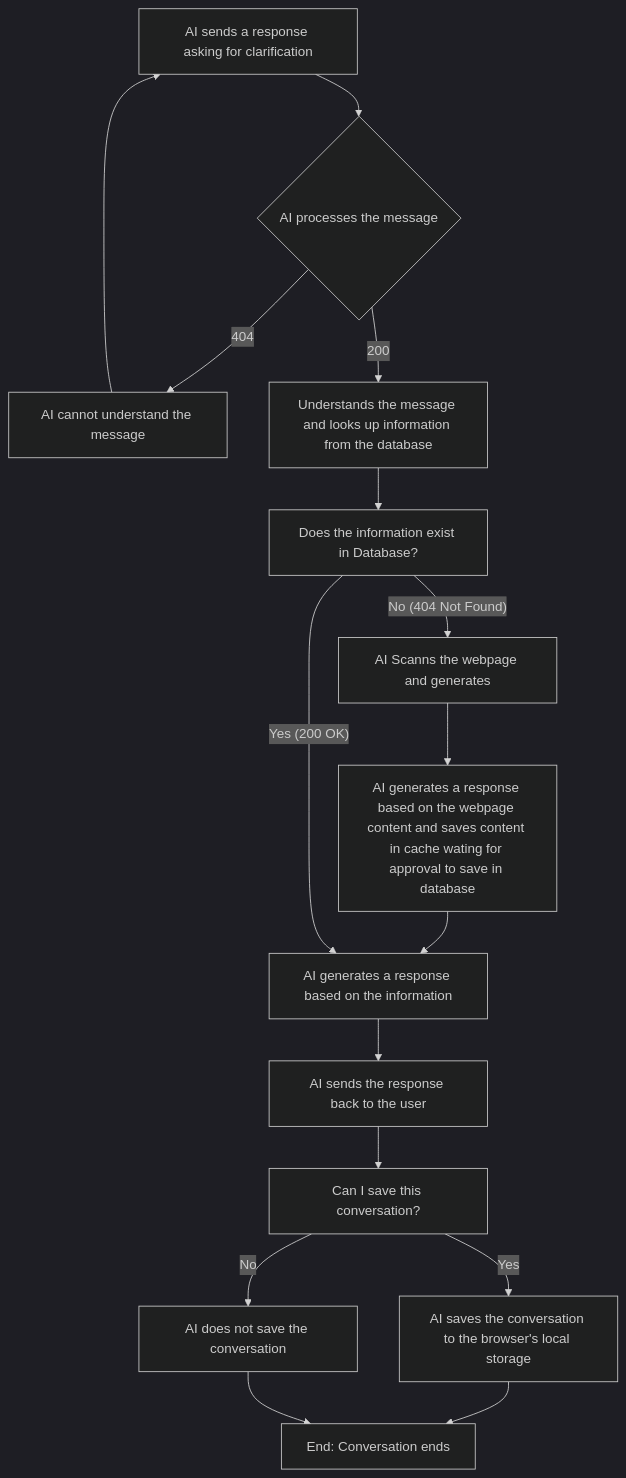
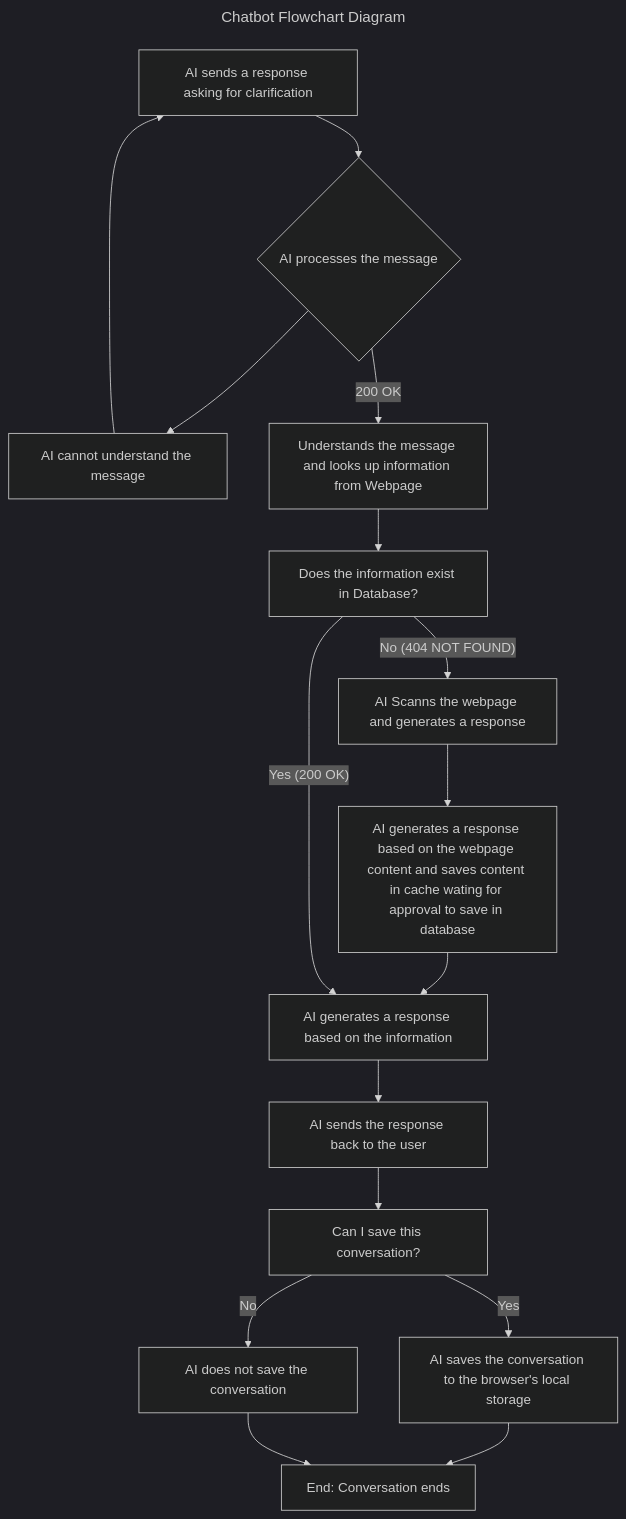
One commit to NexusWeave/webapp-Portfolio changed the diagram in backend/lib/services/specialist/docs/specialist-flowchartDiagram.md. Above: the diagram before and after it, drawn with Mermaid (dark theme). The commit also changed 2 other files, not shown here.

Commit message:
docs: update diagrams.

````diff
--- a/backend/lib/services/specialist/docs/specialist-flowchartDiagram.md
+++ b/backend/lib/services/specialist/docs/specialist-flowchartDiagram.md
@@ -1,18 +1,21 @@
 ```mermaid
+---
+title: Chatbot Flowchart Diagram
+---
 flowchart TD
     A[Start: User sends a message] --> B{AI processes the message}
-    B -- 404 --> C1[AI cannot understand the message]
+    B --> C1[AI cannot understand the message]
     C1 --> A[AI sends a response asking for clarification]
-    B -- 200 --> C[Understands the message and looks up information from the database]
+    B -- 200 OK --> C[Understands the message and looks up information from Webpage]
     C --> D[Does the information exist in Database?]
-    D -- No (404 Not Found) --> D1[AI Scanns the webpage and generates]
+    D -- No (404 NOT FOUND) --> D1[AI Scanns the webpage and generates a response]
     D1 --> E1[AI generates a response based on the webpage content and saves content in cache wating for approval to save in database]
     E1 --> E
     D -- Yes (200 OK) --> E[AI generates a response based on the information]
     E --> F[AI sends the response back to the user]
     F --> G[Can I save this conversation?]
     G -- Yes --> H[AI saves the conversation to the browser's local storage]
     G -- No --> H1[AI does not save the conversation]
     H --> I
     H1 --> I[End: Conversation ends]
 ```
````
